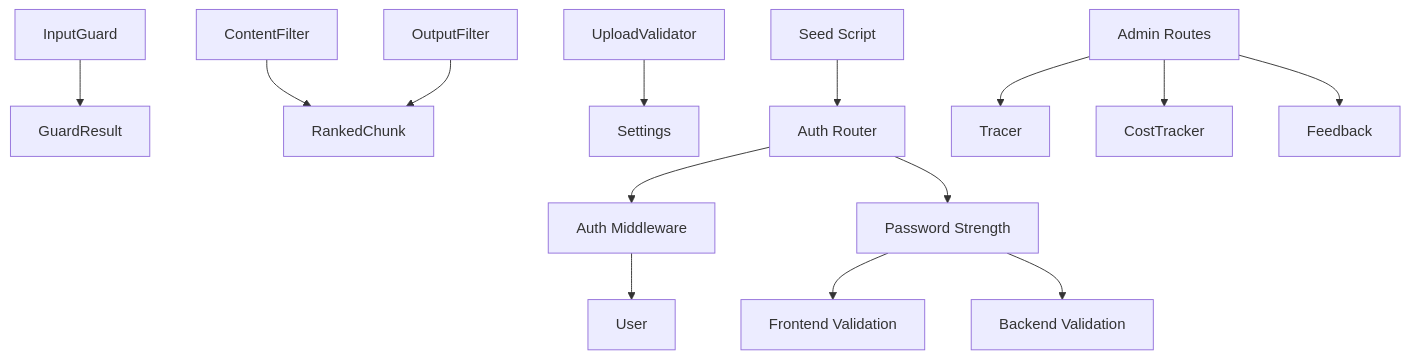
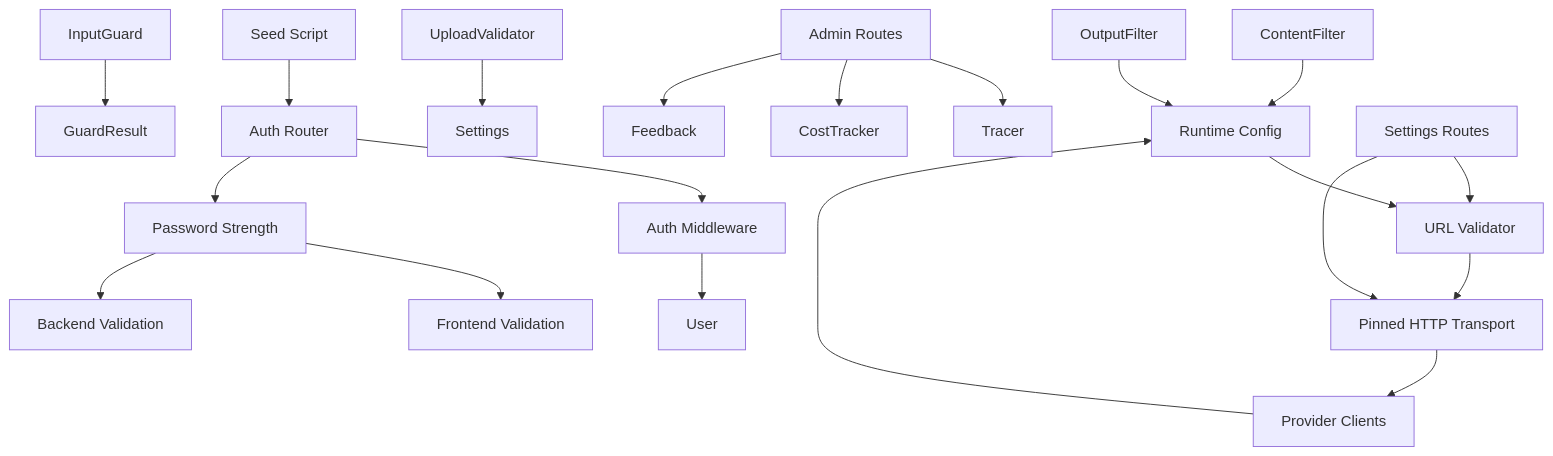
Diagram 12 of 15 in .qoder/repowiki/en/content/Architecture and Design/Security and Compliance Architecture.md (genes8/private-ai), drawn with Mermaid before and after one commit. The commit also changed other lines of this file and 19 other files, not shown here.

````diff
--- a/.qoder/repowiki/en/content/Architecture and Design/Security and Compliance Architecture.md
+++ b/.qoder/repowiki/en/content/Architecture and Design/Security and Compliance Architecture.md
@@ -473,16 +574,22 @@
 ```mermaid
 graph TB
 IG["InputGuard"] --> M["GuardResult"]
 CF["ContentFilter"] --> RC["RankedChunk"]
 OF["OutputFilter"] --> RC
 UV["UploadValidator"] --> C["Settings"]
 MW["Auth Middleware"] --> U["User"]
 AR["Auth Router"] --> MW
 AR --> PS["Password Strength"]
 PS --> FV["Frontend Validation"]
 PS --> BV["Backend Validation"]
 Seed["Seed Script"] --> AR
 AdminRoutes["Admin Routes"] --> Tr["Tracer"]
 AdminRoutes --> CT["CostTracker"]
 AdminRoutes --> FB["Feedback"]
+URLV["URL Validator"] --> PH["Pinned HTTP Transport"]
+PH --> PC["Provider Clients"]
+PC --> RC["Runtime Config"]
+RC --> URLV
+SettingsRoutes["Settings Routes"] --> URLV
+SettingsRoutes --> PH
 ```
````
